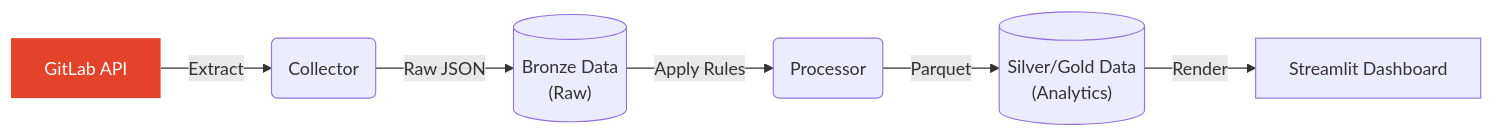
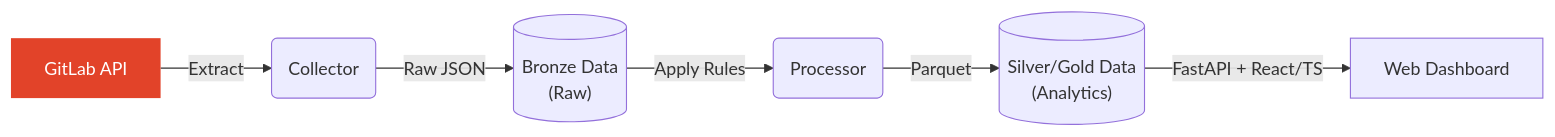
Before and after one commit to bleviet/gitlab-pulse: the first of 2 diagrams in README.md, drawn with Mermaid. The commit also changed other lines of this file and 131 other files, not shown here.

Commit message:
feat(dashboard): rewrite Layer 3 with FastAPI and React/TypeScript

````diff
--- a/README.md
+++ b/README.md
@@ -63,11 +63,11 @@
 ```mermaid
 flowchart LR
     A[GitLab API] -->|Extract| B(Collector)
     B -->|Raw JSON| C[("Bronze Data<br>(Raw)")]
     C -->|Apply Rules| D(Processor)
     D -->|Parquet| E[("Silver/Gold Data<br>(Analytics)")]
-    E -->|Render| F[Streamlit Dashboard]
+    E -->|FastAPI + React/TS| F[Web Dashboard]
     
     classDef gitlab fill:#e24329,color:white,stroke:none
     class A gitlab
 ```
````
